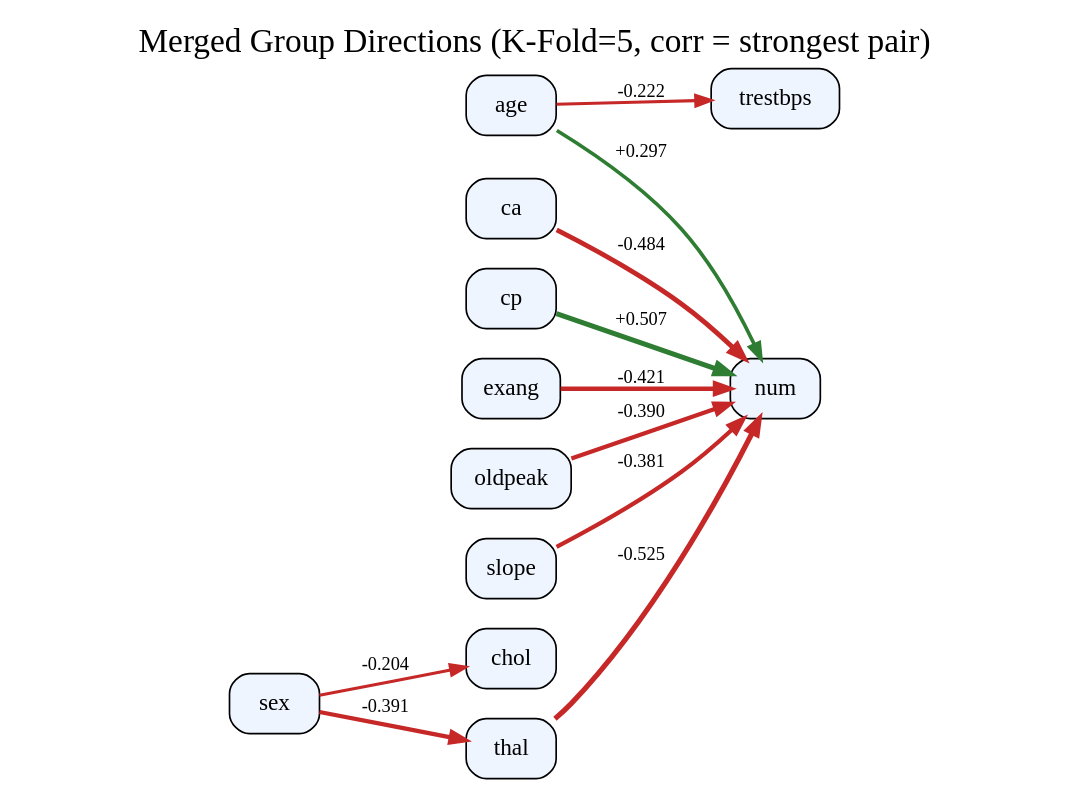
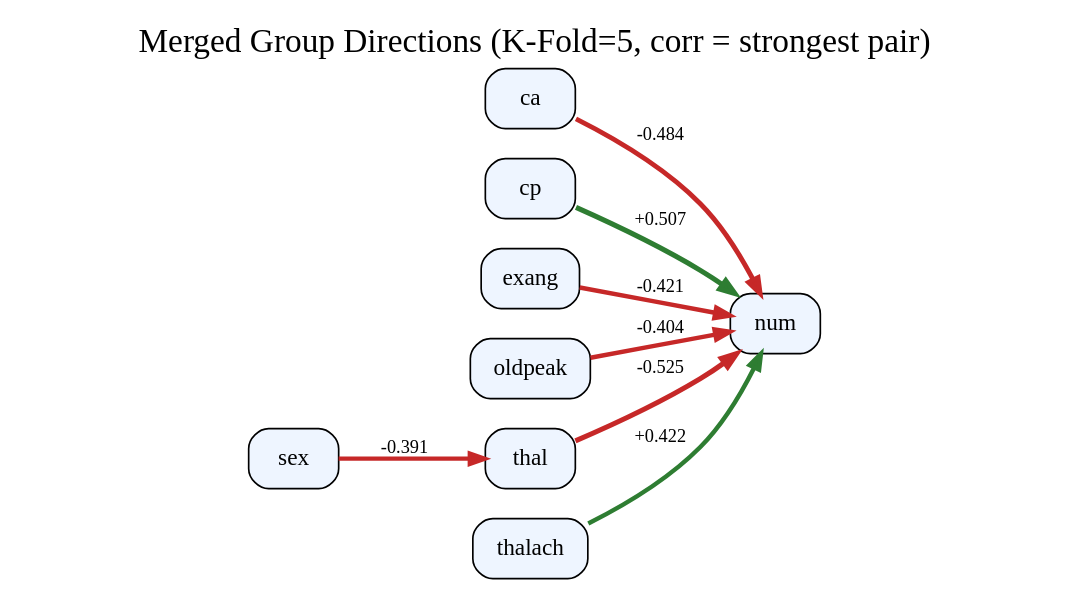
One commit to AKANEMO22/MedTCAX-Causal-Argumentative-Explainability changed the diagram in causal_argumentation-main/outputs_heart_disease/fci_experiment/merged_groups_fci_weighted.dot. Above: the diagram before and after it, drawn with Graphviz. The commit also changed 29 other files, not shown here.

```diff
--- a/causal_argumentation-main/outputs_heart_disease/fci_experiment/merged_groups_fci_weighted.dot
+++ b/causal_argumentation-main/outputs_heart_disease/fci_experiment/merged_groups_fci_weighted.dot
@@ -1,27 +1,21 @@
 digraph G {
 rankdir=LR;
 label="Merged Group Directions (K-Fold=5, corr = strongest pair)";
 labelloc=t;
 fontsize=20;
-age [shape=box, style="rounded,filled", fillcolor="#eef5ff"];
 ca [shape=box, style="rounded,filled", fillcolor="#eef5ff"];
-chol [shape=box, style="rounded,filled", fillcolor="#eef5ff"];
 cp [shape=box, style="rounded,filled", fillcolor="#eef5ff"];
 exang [shape=box, style="rounded,filled", fillcolor="#eef5ff"];
 num [shape=box, style="rounded,filled", fillcolor="#eef5ff"];
 oldpeak [shape=box, style="rounded,filled", fillcolor="#eef5ff"];
 sex [shape=box, style="rounded,filled", fillcolor="#eef5ff"];
-slope [shape=box, style="rounded,filled", fillcolor="#eef5ff"];
 thal [shape=box, style="rounded,filled", fillcolor="#eef5ff"];
-trestbps [shape=box, style="rounded,filled", fillcolor="#eef5ff"];
-age -> trestbps [arrowsize=0.9, label=" -0.222 ", fontsize=11, color="#c62828", penwidth=1.889428278141549];
-sex -> chol [arrowsize=0.9, label=" -0.204 ", fontsize=11, color="#c62828", penwidth=1.817385678603575];
+thalach [shape=box, style="rounded,filled", fillcolor="#eef5ff"];
 exang -> num [arrowsize=0.9, label=" -0.421 ", fontsize=11, color="#c62828", penwidth=2.685421961825812];
-age -> num [arrowsize=0.9, label=" +0.297 ", fontsize=11, color="#2e7d32", penwidth=2.1896429130996475];
+sex -> thal [arrowsize=0.9, label=" -0.391 ", fontsize=11, color="#c62828", penwidth=2.56291842168593];
+oldpeak -> num [arrowsize=0.9, label=" -0.404 ", fontsize=11, color="#c62828", penwidth=2.6156442073879136];
+thal -> num [arrowsize=0.9, label=" -0.525 ", fontsize=11, color="#c62828", penwidth=3.099887497407961];
+thalach -> num [arrowsize=0.9, label=" +0.422 ", fontsize=11, color="#2e7d32", penwidth=2.6874541376058563];
+ca -> num [arrowsize=0.9, label=" -0.484 ", fontsize=11, color="#c62828", penwidth=2.9341209987654198];
 cp -> num [arrowsize=0.9, label=" +0.507 ", fontsize=11, color="#2e7d32", penwidth=3.028139926672511];
-oldpeak -> num [arrowsize=0.9, label=" -0.390 ", fontsize=11, color="#c62828", penwidth=2.5612433054848953];
-sex -> thal [arrowsize=0.9, label=" -0.391 ", fontsize=11, color="#c62828", penwidth=2.56291842168593];
-thal -> num [arrowsize=0.9, label=" -0.525 ", fontsize=11, color="#c62828", penwidth=3.099887497407961];
-ca -> num [arrowsize=0.9, label=" -0.484 ", fontsize=11, color="#c62828", penwidth=2.9341209987654198];
-slope -> num [arrowsize=0.9, label=" -0.381 ", fontsize=11, color="#c62828", penwidth=2.522447258562019];
 }
```
